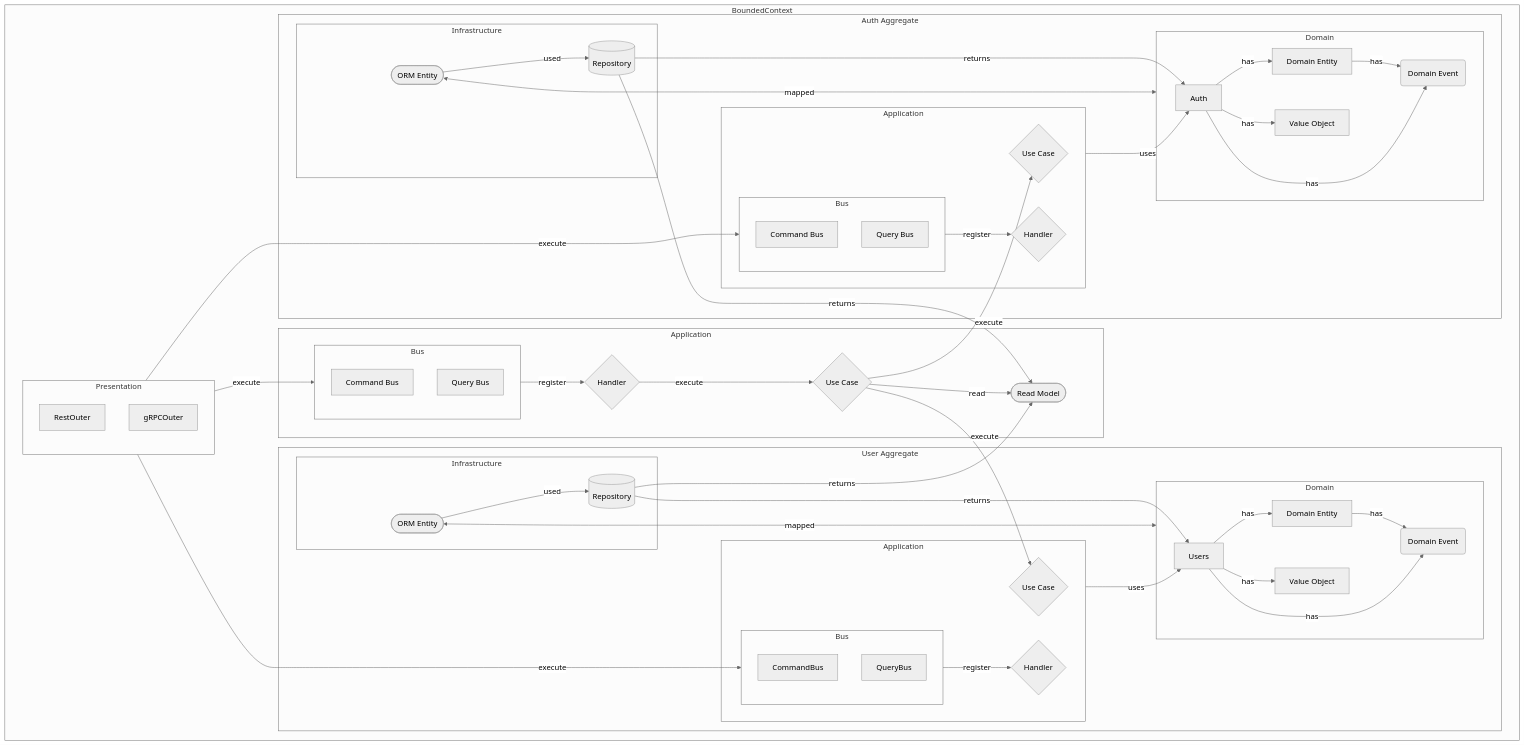
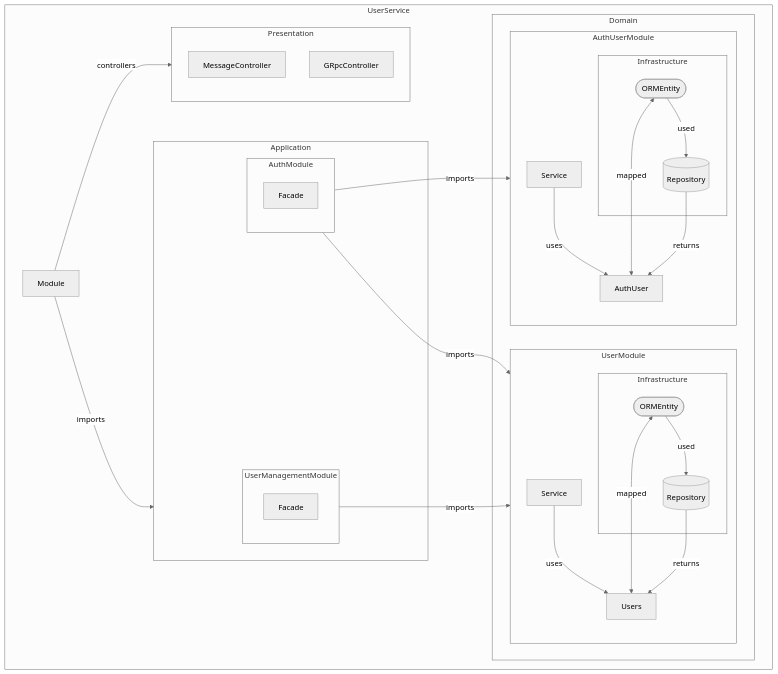
The second of 2 diagrams in README.md (hearlersofficial/nest-api), drawn with Mermaid before and after one commit. The commit also changed other lines of this file, not shown here.

````diff
--- a/README.md
+++ b/README.md
@@ -91,103 +95,63 @@
 %% () for event
 %% {} for layer class
 flowchart TD
-subgraph BoundedContext
+subgraph UserServiceBC["UserService"]
+  UserServiceModule["Module"]
+
   subgraph Presentation
-      RestOuter
-      gRPCOuter
-  end
-  subgraph ApplicationOuter["Application"]
-      UseCaseOuter{"Use Case"}
-      HandlerOuter{"Handler"}
-      ReadModel(["Read Model"])
-      subgraph BusOuter["Bus"]
-          CommandBusOuter["Command Bus"]
-          QueryBusOuter["Query Bus"]
-      end
+      MessageController
+      GRpcController
   end
 
-  subgraph Aggregate1["User Aggregate"]
-      subgraph Application1["Application"]
-          UseCase1{"Use Case"}
-          Handler1{"Handler"}
-          subgraph Bus1["Bus"]
-              CommandBus1["CommandBus"]
-              QueryBus1["QueryBus"]
+subgraph Application["Application"]
+    subgraph AuthModule["AuthModule"]
+        AuthFacade["Facade"]        
+    end
+    subgraph UserManagementModule["UserManagementModule"]
+        UserManagementFacade["Facade"]
+    end
+end
+
+  subgraph Domain["Domain"]
+      subgraph UserModule["UserModule"]
+          UserService["Service"]
+          User["Users"]
+          subgraph UserInfrastructure["Infrastructure"]
+              UserRepository[("Repository")]
+              UserEntity(["ORMEntity"])
           end
       end
-      subgraph Domain1["Domain"]
-          AggregateRoot1["Users"]
-          VO1["Value Object"]
-          DomainEntity1["Domain Entity"]
-          DomainEvent1("Domain Event")
-      end
-      subgraph Infrastructure1["Infrastructure"]
-          Repository1[("Repository")]
-          OrmEntity1(["ORM Entity"])
-      end
-  end
-
-  subgraph Aggregate2["Auth Aggregate"]
-      subgraph Application2["Application"]
-          UseCase2{"Use Case"}
-          Handler2{"Handler"}
-          subgraph Bus2["Bus"]
-              CommandBus2["Command Bus"]
-              QueryBus2["Query Bus"]
+      subgraph AuthUserModule["AuthUserModule"]
+          AuthUserService["Service"]
+          AuthUser["AuthUser"]
+          subgraph AuthUserInfrastructure["Infrastructure"]
+              AuthUserRepository[("Repository")]
+              AuthUserEntity(["ORMEntity"])
           end
-      end
-      subgraph Domain2["Domain"]
-          AggregateRoot2["Auth"]
-          VO2["Value Object"]
-          DomainEntity2["Domain Entity"]
-          DomainEvent2("Domain Event")
-      end
-      subgraph Infrastructure2["Infrastructure"]
-          Repository2[("Repository")]
-          OrmEntity2(["ORM Entity"])
       end
   end
 end
-OrmEntity1 <--mapped--> Domain1
-OrmEntity2 <--mapped--> Domain2
-DomainEntity1 --has--> DomainEvent1
-DomainEntity2 --has--> DomainEvent2
 
-OrmEntity1 --used--> Repository1
-OrmEntity2 --used--> Repository2
-
-
-Repository1 --returns--> AggregateRoot1
-Repository2 --returns--> AggregateRoot2
+UserServiceModule --controllers --> Presentation
+UserServiceModule --imports--> Application
 
 
 
+AuthModule --imports--> AuthUserModule
+AuthModule --imports--> UserModule
 
-AggregateRoot1 --has--> DomainEntity1
-AggregateRoot2 --has--> DomainEntity2
+UserManagementModule --imports--> UserModule
 
-AggregateRoot1 --has--> DomainEvent1
-AggregateRoot2 --has--> DomainEvent2
+UserService --uses--> User
+AuthUserService --uses--> AuthUser
+
+UserEntity <--mapped--> User
+AuthUserEntity <--mapped--> AuthUser
+
+UserEntity --used--> UserRepository
+AuthUserEntity --used--> AuthUserRepository
 
 
-Repository1 --returns---> ReadModel
-Repository2 --returns---> ReadModel
-Application1 --uses--> AggregateRoot1
-Application2 --uses--> AggregateRoot2
-
-AggregateRoot1 --has--> VO1
-AggregateRoot2 --has--> VO2
-
-BusOuter --register --> HandlerOuter
-UseCaseOuter --execute--> UseCase1
-UseCaseOuter --execute--> UseCase2
-UseCaseOuter --read--> ReadModel
-
-Bus1 --register--> Handler1
-Bus2 --register--> Handler2
-Presentation --execute--> Bus1
-Presentation --execute--> Bus2
-HandlerOuter --execute--> UseCaseOuter
-Presentation -- execute --> BusOuter
-
+UserRepository --returns--> User
+AuthUserRepository --returns--> AuthUser
 ```
````
